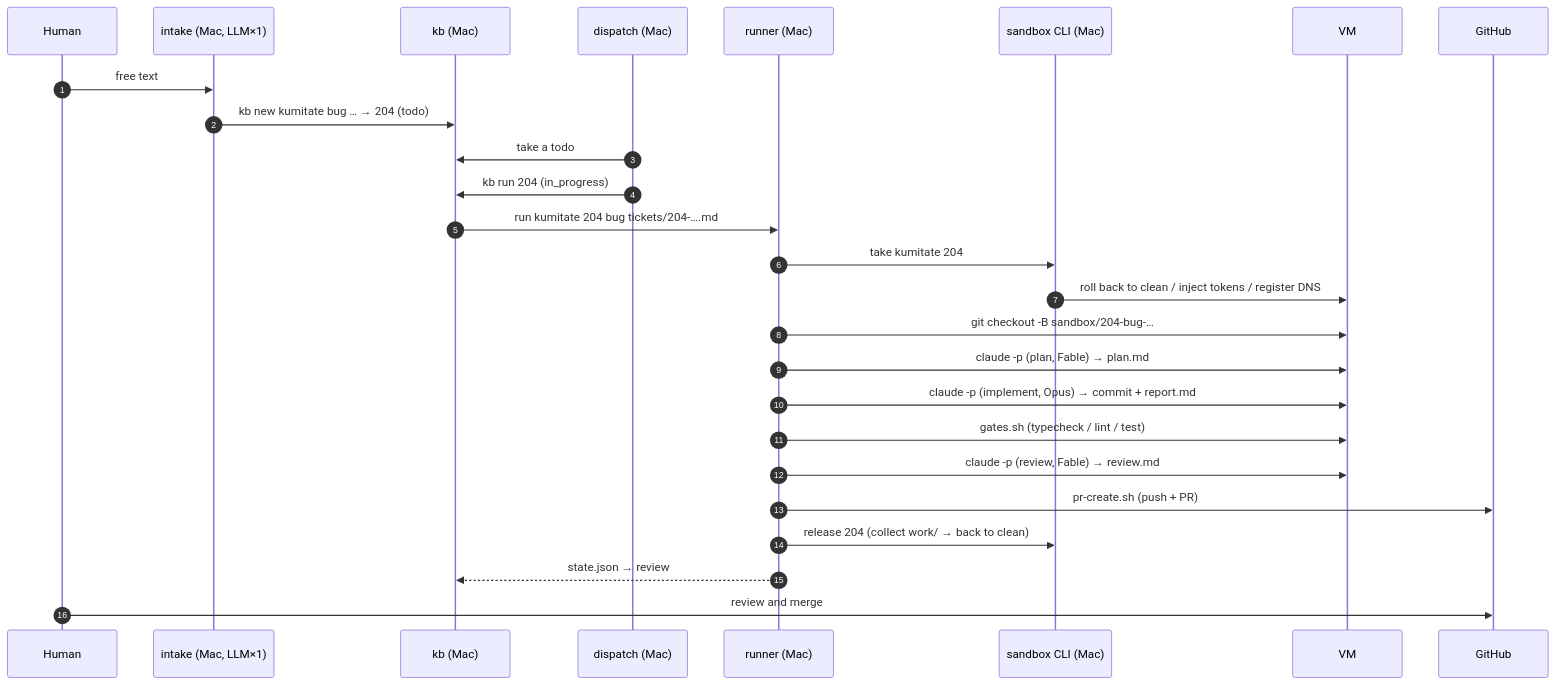
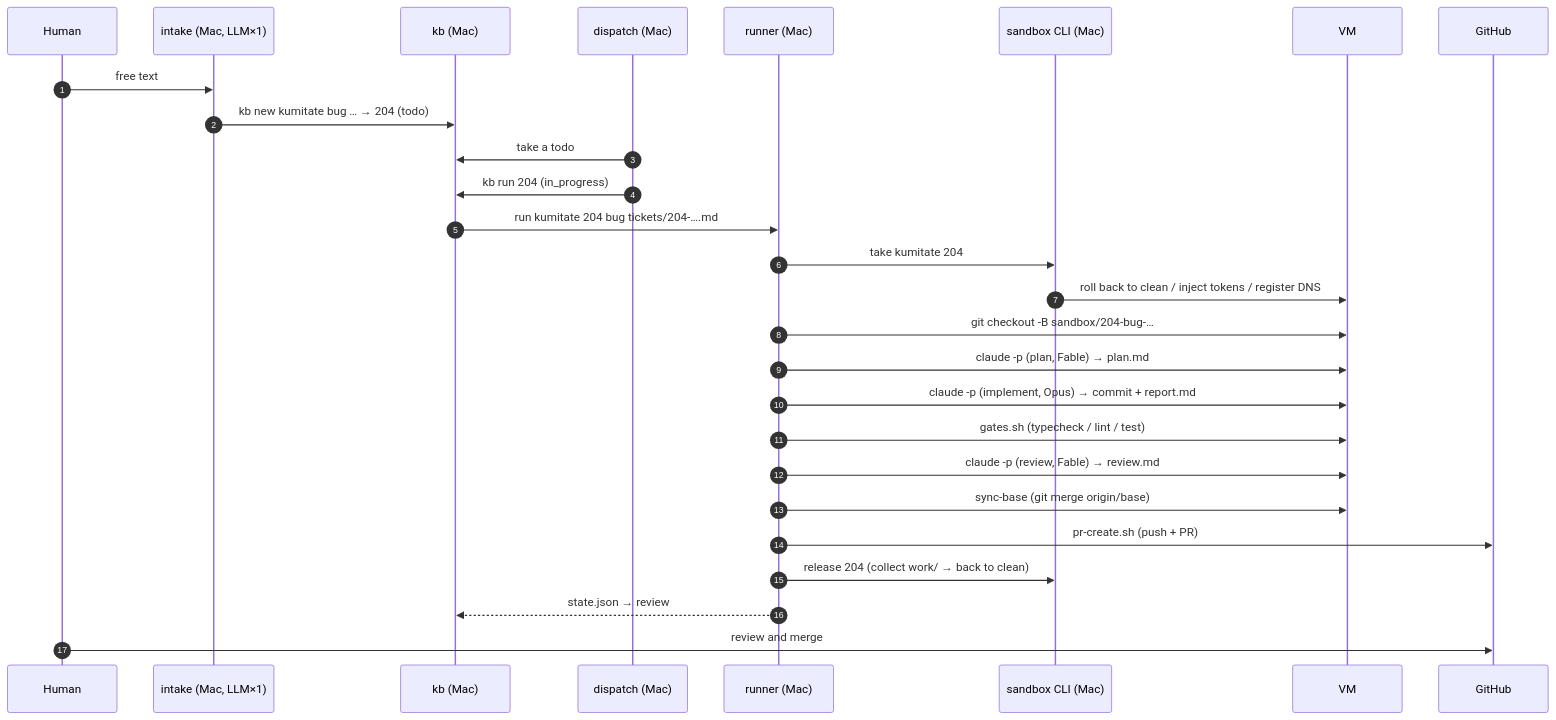
One commit to akkijp-oss/aifactory changed the second of 2 diagrams in website/content/en/concepts/ticket-lifecycle.md. Above: the diagram before and after it, drawn with Mermaid. The commit also changed other lines of this file and 28 other files, not shown here.

First line of the commit message:
文書: base 取り込み（sync）と changelog.d を役割文書・README・website に反映し、ADR-0031 を足す

````diff
--- a/website/content/en/concepts/ticket-lifecycle.md
+++ b/website/content/en/concepts/ticket-lifecycle.md
@@ -31,28 +31,29 @@
 ```mermaid
 sequenceDiagram
   autonumber
   participant H as Human
   participant I as intake (Mac, LLM×1)
   participant K as kb (Mac)
   participant D as dispatch (Mac)
   participant R as runner (Mac)
   participant S as sandbox CLI (Mac)
   participant V as VM
   participant G as GitHub
   H->>I: free text
   I->>K: kb new kumitate bug … → 204 (todo)
   D->>K: take a todo
   D->>K: kb run 204 (in_progress)
   K->>R: run kumitate 204 bug tickets/204-….md
   R->>S: take kumitate 204
   S->>V: roll back to clean / inject tokens / register DNS
   R->>V: git checkout -B sandbox/204-bug-…
   R->>V: claude -p (plan, Fable) → plan.md
   R->>V: claude -p (implement, Opus) → commit + report.md
   R->>V: gates.sh (typecheck / lint / test)
   R->>V: claude -p (review, Fable) → review.md
+  R->>V: sync-base (git merge origin/base)
   R->>G: pr-create.sh (push + PR)
   R->>S: release 204 (collect work/ → back to clean)
   R-->>K: state.json → review
   H->>G: review and merge
 ```
````
